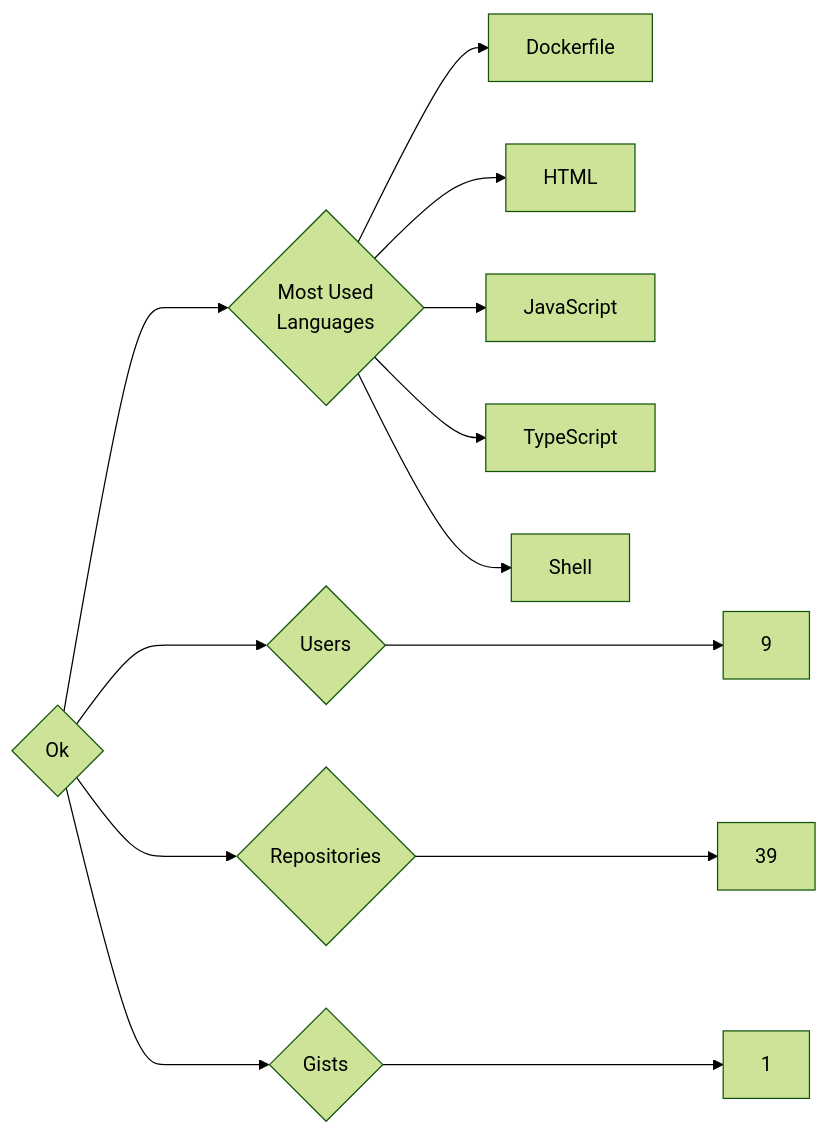
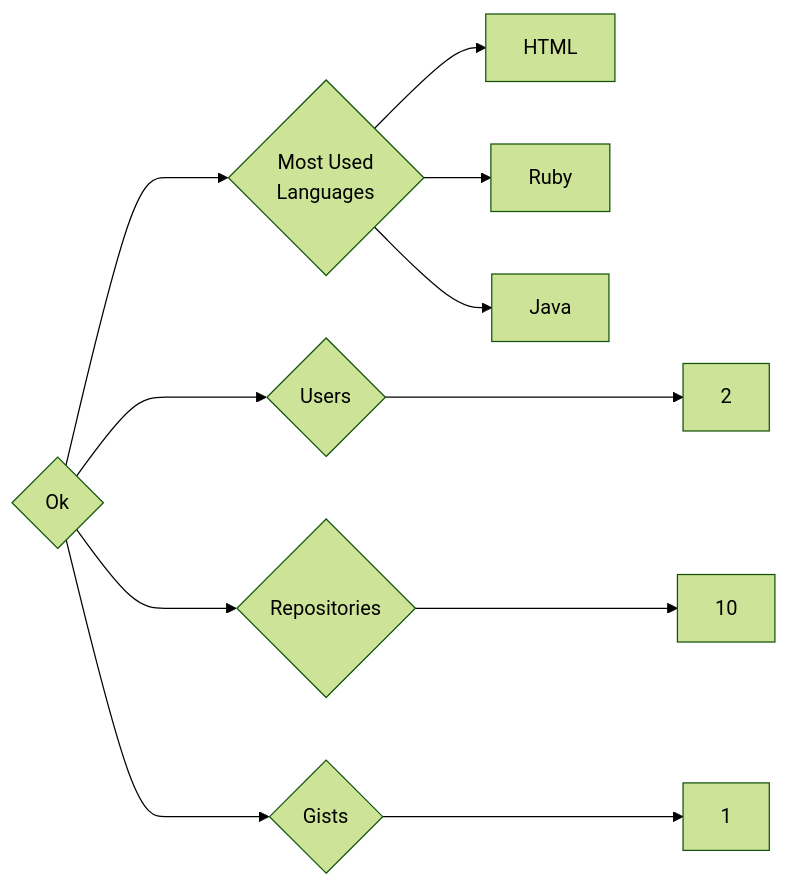
Before and after one commit to trickest/insiders: the diagram in targets/Ok/README.md, drawn with Mermaid (forest theme). The commit also changed 823 other files, not shown here.

````diff
--- a/targets/Ok/README.md
+++ b/targets/Ok/README.md
@@ -3,13 +3,11 @@
 ```mermaid
 graph LR
 COMPANY_NAME{Ok}
-COMPANY_NAME ---> U{Users} ---> UN[9]
-COMPANY_NAME ---> R{Repositories} ---> RN[39]
+COMPANY_NAME ---> U{Users} ---> UN[2]
+COMPANY_NAME ---> R{Repositories} ---> RN[10]
 COMPANY_NAME ---> G{Gists} ---> GN[1]
 COMPANY_NAME ---> ML{Most Used<br>Languages}
-ML --> Dockerfile[Dockerfile]
 ML --> HTML[HTML]
-ML --> JavaScript[JavaScript]
-ML --> TypeScript[TypeScript]
-ML --> Shell[Shell]
+ML --> Ruby[Ruby]
+ML --> Java[Java]
 ```
````
